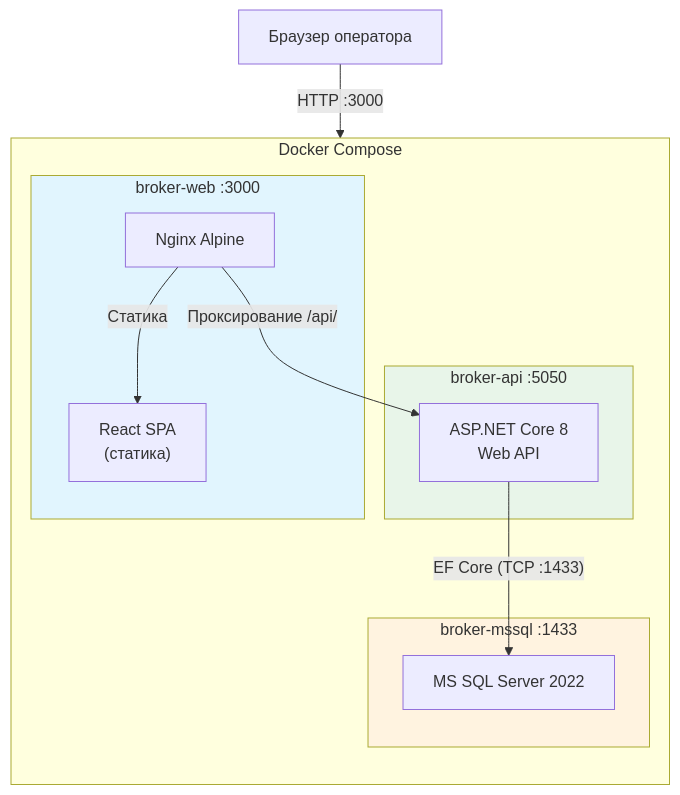
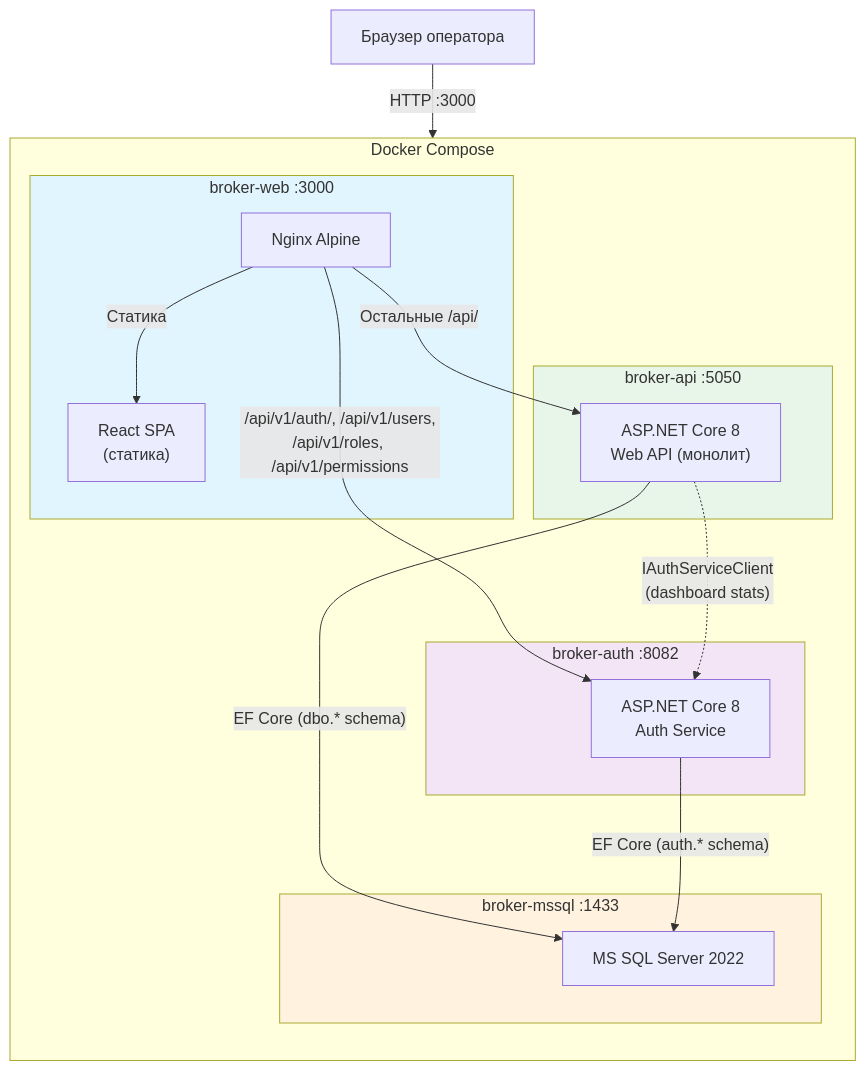
Before and after one commit to bebeleeloo/backoffice: the second of 5 diagrams in docs/architecture/02-system-context.md, drawn with Mermaid. The commit also changed other lines of this file and 198 other files, not shown here.

First line of the commit message:
Extract auth into separate microservice (auth-service)

````diff
--- a/docs/architecture/02-system-context.md
+++ b/docs/architecture/02-system-context.md
@@ -21,28 +21,36 @@
 ```mermaid
 flowchart TB
     subgraph Docker["Docker Compose"]
         direction TB
 
         subgraph web["broker-web :3000"]
             nginx["Nginx Alpine"]
             spa["React SPA<br/>(статика)"]
         end
 
+        subgraph auth["broker-auth :8082"]
+            authsvc["ASP.NET Core 8<br/>Auth Service"]
+        end
+
         subgraph api["broker-api :5050"]
-            dotnet["ASP.NET Core 8<br/>Web API"]
+            dotnet["ASP.NET Core 8<br/>Web API (монолит)"]
         end
 
         subgraph db["broker-mssql :1433"]
             mssql["MS SQL Server 2022"]
         end
     end
 
     browser["Браузер оператора"] -->|"HTTP :3000"| nginx
     nginx -->|"Статика"| spa
-    nginx -->|"Проксирование /api/"| dotnet
-    dotnet -->|"EF Core (TCP :1433)"| mssql
+    nginx -->|"/api/v1/auth/, /api/v1/users,<br/>/api/v1/roles, /api/v1/permissions"| authsvc
+    nginx -->|"Остальные /api/"| dotnet
+    dotnet -->|"EF Core (dbo.* schema)"| mssql
+    authsvc -->|"EF Core (auth.* schema)"| mssql
+    dotnet -.->|"IAuthServiceClient<br/>(dashboard stats)"| authsvc
 
     style web fill:#e1f5fe
+    style auth fill:#f3e5f5
     style api fill:#e8f5e9
     style db fill:#fff3e0
 ```
````
